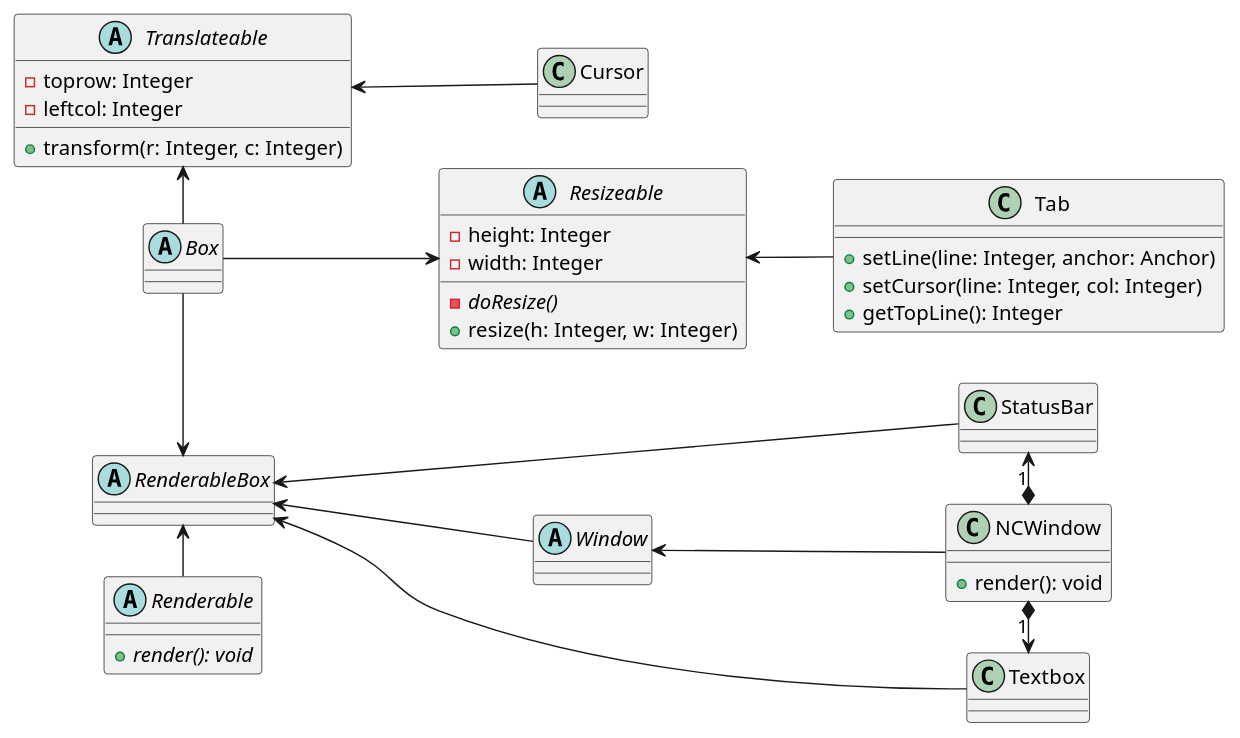
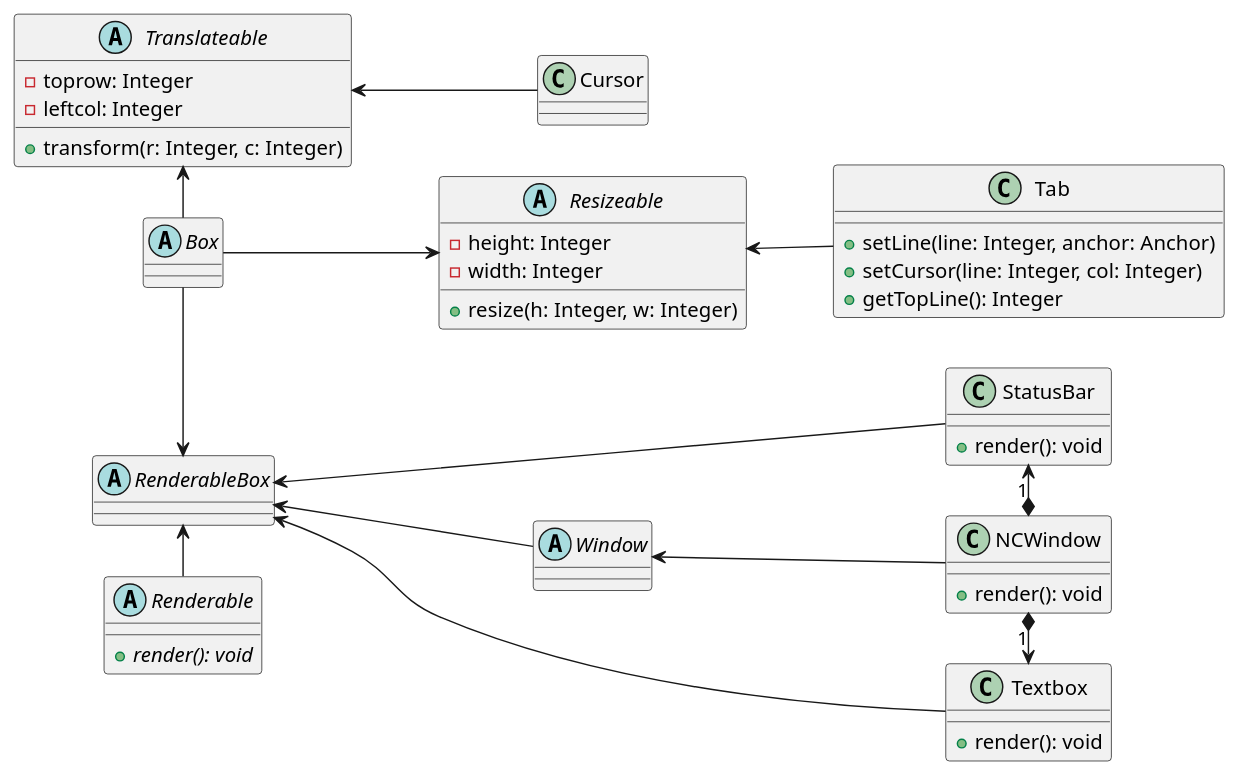
The fifth of 5 diagrams in uml.md (raywang999/VM), drawn with PlantUML before and after one commit. The commit also changed other lines of this file and 15 other files, not shown here.

Commit message:
implement o, O, uml

````diff
--- a/uml.md
+++ b/uml.md
@@ -154,41 +239,46 @@
 ```plantuml
 left to right direction
 abstract Window{ }
 class Tab{
   +setLine(line: Integer, anchor: Anchor) 
   +setCursor(line: Integer, col: Integer)
   +getTopLine(): Integer
 }
 abstract Renderable{
   {abstract}+render(): void
 }
 class NCWindow{
   +render(): void
 }
 Translateable <-- Cursor
 NCWindow "1" *-> Textbox
 RenderableBox <-- StatusBar 
 RenderableBox <-- Textbox
 StatusBar "1" <-* NCWindow
 class StatusBar{}
 abstract Resizeable{
   -height: Integer 
   -width: Integer
-  {abstract} - doResize()
   +resize(h: Integer, w: Integer)
 }
 abstract Translateable{
   -toprow: Integer
   -leftcol: Integer
   +transform(r: Integer, c: Integer)
+}
+class StatusBar{
+  +render(): void
+}
+class Textbox{
+  +render(): void
 }
 abstract Box{}
 Box --> Resizeable 
 Translateable <- Box
 abstract RenderableBox {}
 Box -> RenderableBox 
 RenderableBox <- Renderable
 Window <-- NCWindow 
 RenderableBox <-- Window 
 Resizeable <-- Tab
 ```
````
